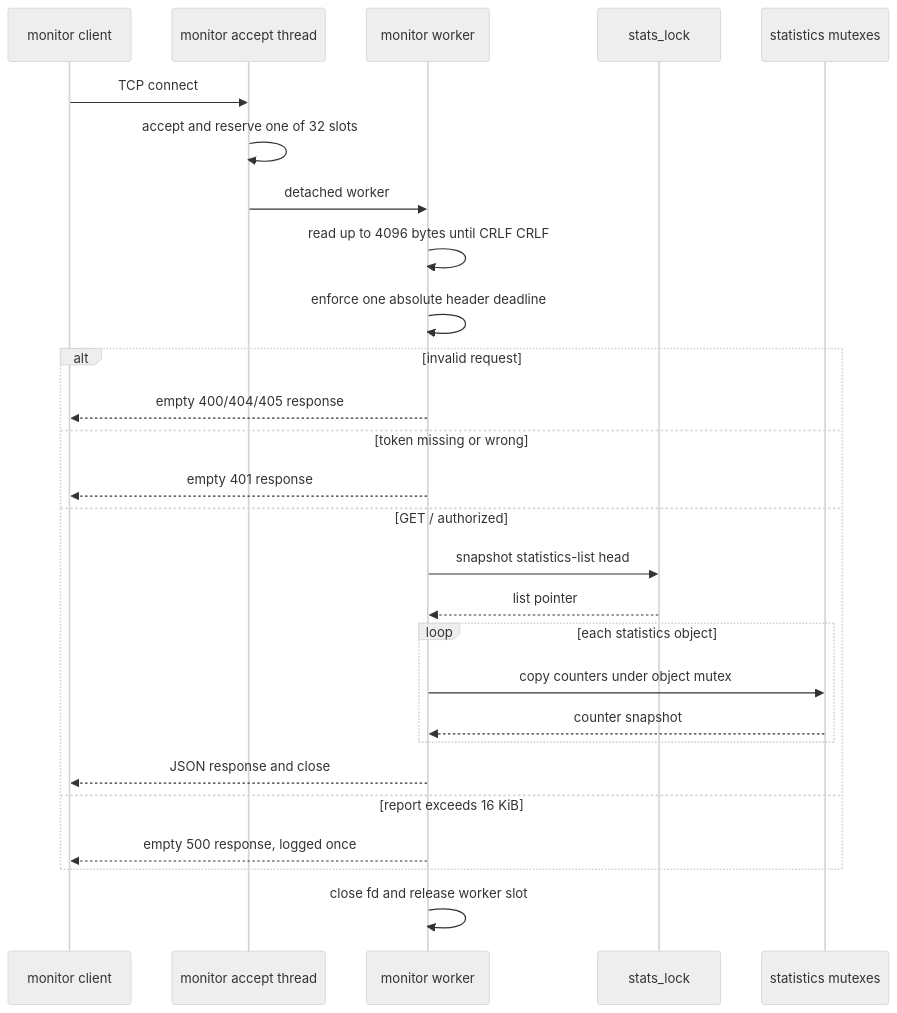
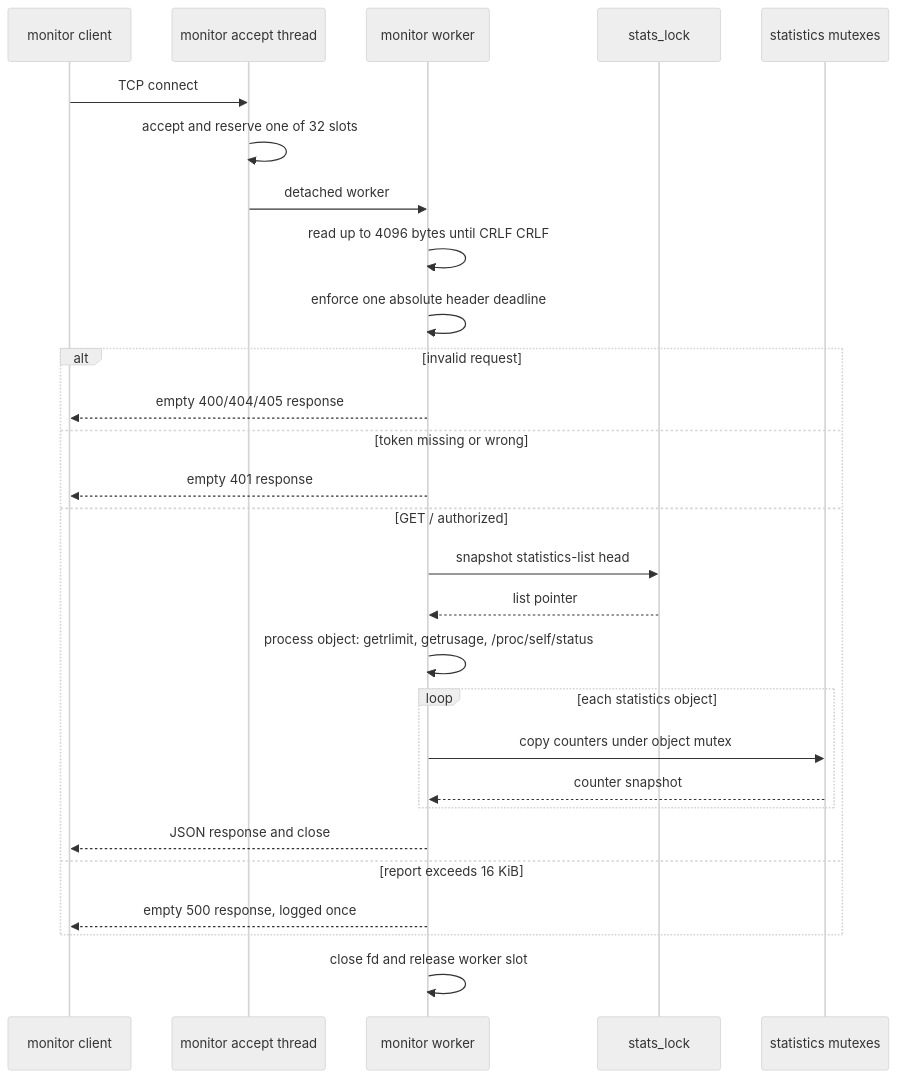
The eighth of 11 diagrams in ARCHITECTURE.md (0x7a657573/zroxy), drawn with Mermaid (neutral theme) before and after one commit. The commit also changed other lines of this file and 4 other files, not shown here.

First line of the commit message:
feat(monitor): add a Process object

````diff
--- a/ARCHITECTURE.md
+++ b/ARCHITECTURE.md
@@ -724,30 +724,31 @@
 ```mermaid
 sequenceDiagram
     participant C as monitor client
     participant A as monitor accept thread
     participant W as monitor worker
     participant L as stats_lock
     participant S as statistics mutexes
 
     C->>A: TCP connect
     A->>A: accept and reserve one of 32 slots
     A->>W: detached worker
     W->>W: read up to 4096 bytes until CRLF CRLF
     W->>W: enforce one absolute header deadline
     alt invalid request
         W-->>C: empty 400/404/405 response
     else token missing or wrong
         W-->>C: empty 401 response
     else GET / authorized
         W->>L: snapshot statistics-list head
         L-->>W: list pointer
+        W->>W: process object: getrlimit, getrusage, /proc/self/status
         loop each statistics object
             W->>S: copy counters under object mutex
             S-->>W: counter snapshot
         end
         W-->>C: JSON response and close
     else report exceeds 16 KiB
         W-->>C: empty 500 response, logged once
     end
     W->>W: close fd and release worker slot
 ```
````
